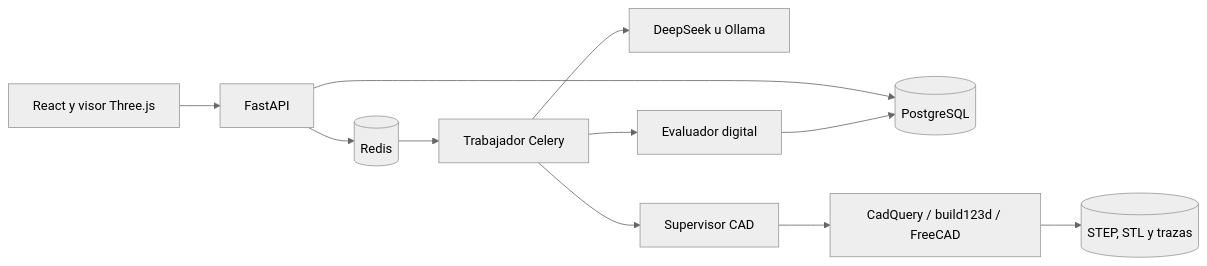
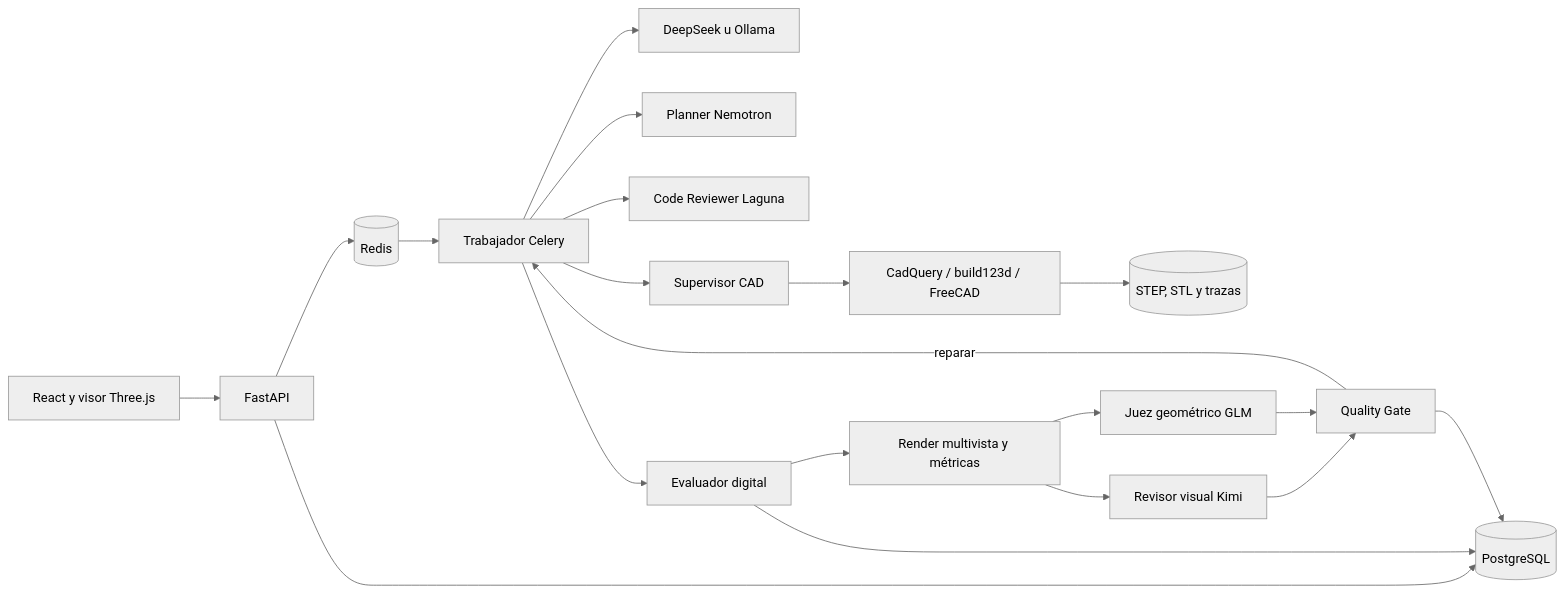
Before and after one commit to CarlosAyala1989/programa-articulo-3d: the diagram in README.md, drawn with Mermaid (neutral theme). The commit also changed other lines of this file and 24 other files, not shown here.

Commit message:
Implementar Quality Loop geométrico con NVIDIA NIM

````diff
--- a/README.md
+++ b/README.md
@@ -33,13 +34,22 @@
 ```mermaid
 flowchart LR
     UI[React y visor Three.js] --> API[FastAPI]
     API --> DB[(PostgreSQL)]
     API --> Q[(Redis)]
     Q --> W[Trabajador Celery]
     W --> IA[DeepSeek u Ollama]
+    W --> PL[Planner Nemotron]
+    W --> CR[Code Reviewer Laguna]
     W --> S[Supervisor CAD]
     S --> CAD[CadQuery / build123d / FreeCAD]
     CAD --> V[(STEP, STL y trazas)]
     W --> E[Evaluador digital]
+    E --> MV[Render multivista y métricas]
+    MV --> VR[Revisor visual Kimi]
+    MV --> JC[Juez geométrico GLM]
+    VR --> G[Quality Gate]
+    JC --> G
+    G -->|reparar| W
     E --> DB
+    G --> DB
 ```
````
